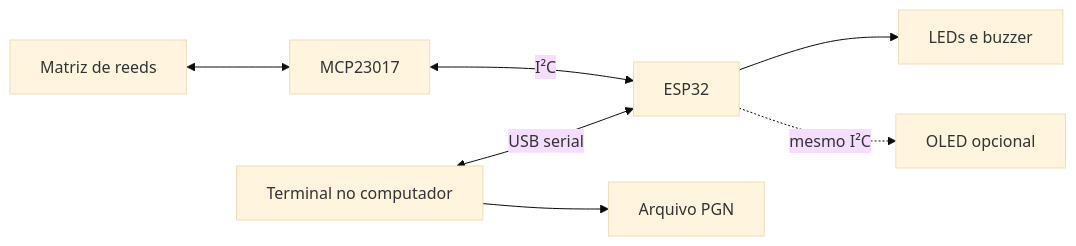
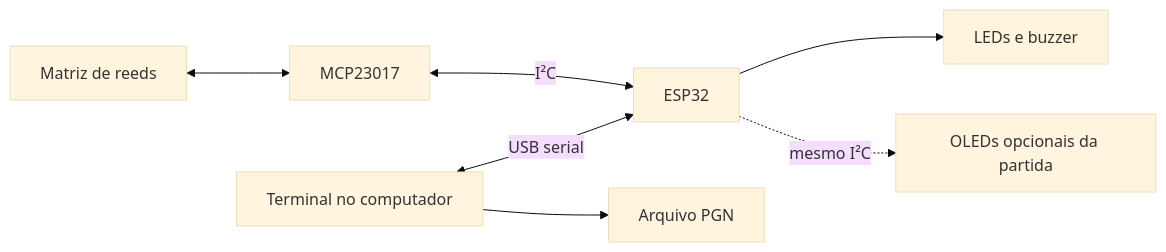
The diagram in docs/arquitetura.md (tadashinagashima/certificadora-dois), drawn with Mermaid (base theme) before and after one commit. The commit also changed other lines of this file and 25 other files, not shown here.

````diff
--- a/docs/arquitetura.md
+++ b/docs/arquitetura.md
@@ -7,9 +7,9 @@
 ```mermaid
 flowchart LR
     M[Matriz de reeds] <--> X[MCP23017]
     X <-->|I²C| E[ESP32]
     PC[Terminal no computador] <-->|USB serial| E
     PC --> PGN[Arquivo PGN]
     E --> S[LEDs e buzzer]
-    E -.->|mesmo I²C| O[OLED opcional]
+    E -.->|mesmo I²C| O[OLEDs opcionais da partida]
 ```
````
